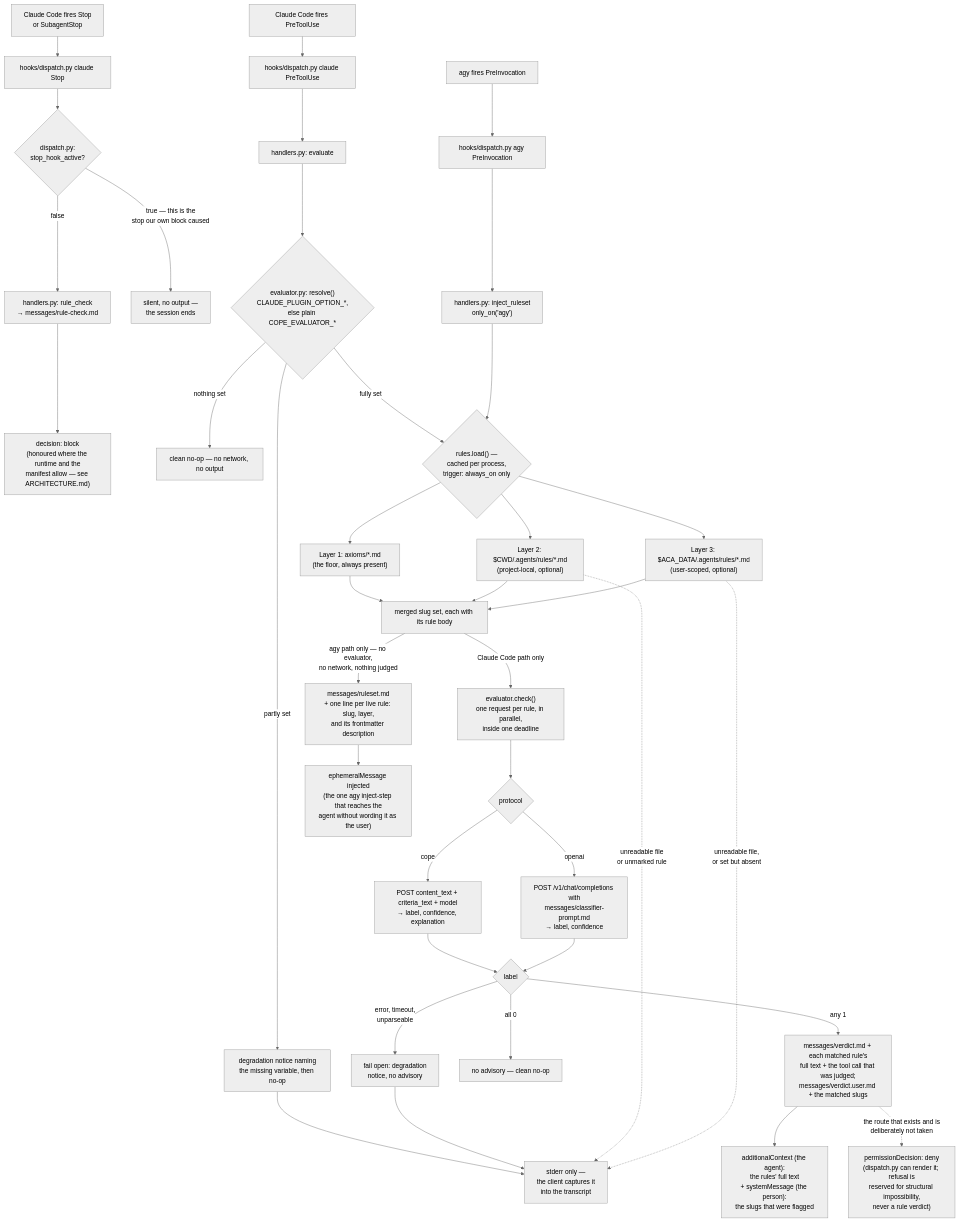
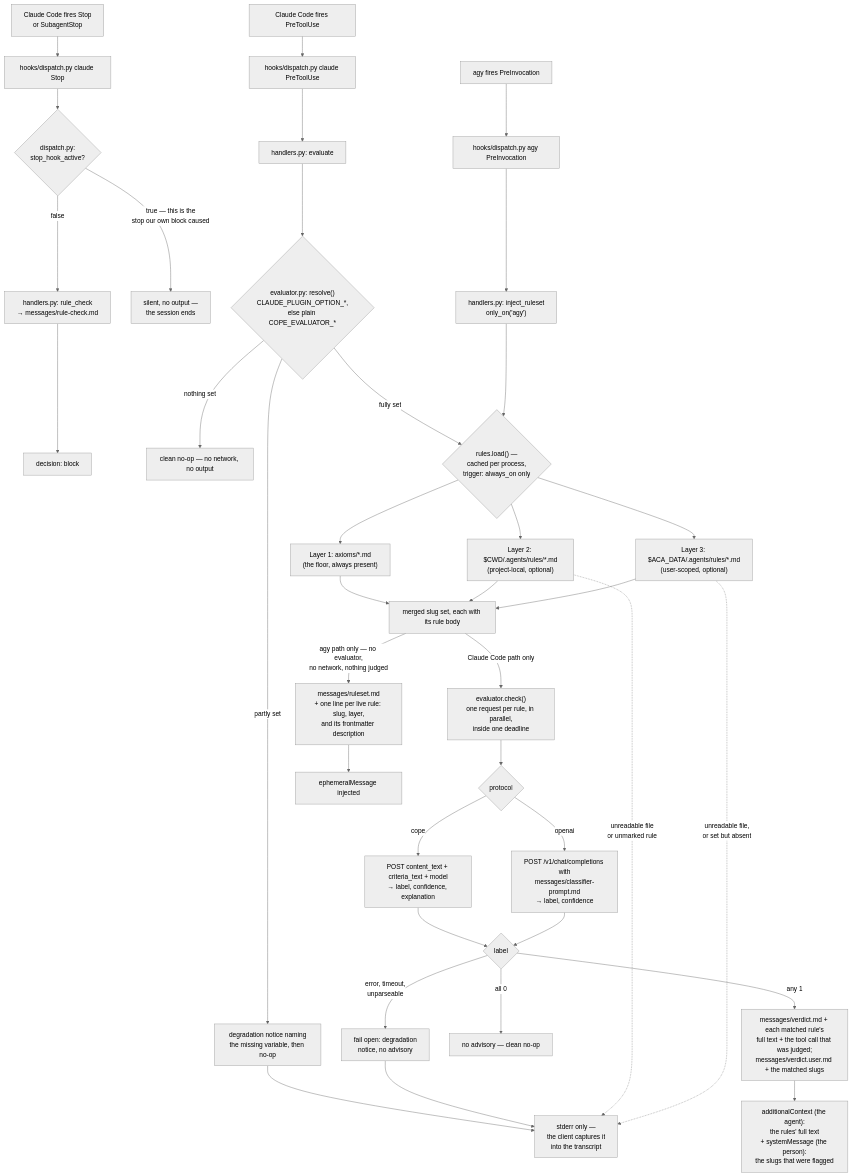
The diagram in plugins/rbg/README.md (nicsuzor/academicOps), drawn with Mermaid (neutral theme) before and after one commit. The commit also changed other lines of this file and 28 other files, not shown here.

````diff
--- a/plugins/rbg/README.md
+++ b/plugins/rbg/README.md
@@ -5,47 +11,45 @@
 ```mermaid
 flowchart TD
     A[Claude Code fires PreToolUse] --> B["hooks/dispatch.py claude PreToolUse"]
     A2[agy fires PreInvocation] --> B2["hooks/dispatch.py agy PreInvocation"]
     A3[Claude Code fires Stop<br/>or SubagentStop] --> B3["hooks/dispatch.py claude Stop"]
     B --> C["handlers.py: evaluate"]
     B2 --> C2["handlers.py: inject_ruleset<br/>only_on('agy')"]
     B3 --> S{"dispatch.py:<br/>stop_hook_active?"}
     S -->|"true — this is the<br/>stop our own block caused"| S1[silent, no output —<br/>the session ends]
     S -->|false| S2["handlers.py: rule_check<br/>→ messages/rule-check.md"]
-    S2 --> S3["decision: block<br/>(honoured where the runtime and the<br/>manifest allow — see ARCHITECTURE.md)"]
+    S2 --> S3["decision: block"]
 
     C --> R{"evaluator.py: resolve()<br/>CLAUDE_PLUGIN_OPTION_*,<br/>else plain COPE_EVALUATOR_*"}
     R -->|nothing set| R1[clean no-op — no network, no output]
     R -->|partly set| R2[degradation notice naming<br/>the missing variable, then no-op]
     R -->|fully set| D
 
     C2 --> D
     D{"rules.load() —<br/>cached per process,<br/>trigger: always_on only"} --> E1["Layer 1: axioms/*.md<br/>(the floor, always present)"]
     D --> E2["Layer 2: $CWD/.agents/rules/*.md<br/>(project-local, optional)"]
     D --> E3["Layer 3: $ACA_DATA/.agents/rules/*.md<br/>(user-scoped, optional)"]
     E1 --> F[merged slug set, each with its rule body]
     E2 --> F
     E3 --> F
 
     F -->|Claude Code path only| G["evaluator.check()<br/>one request per rule, in parallel,<br/>inside one deadline"]
     G --> H{"protocol"}
     H -->|cope| H1["POST content_text + criteria_text + model<br/>→ label, confidence, explanation"]
     H -->|openai| H2["POST /v1/chat/completions with<br/>messages/classifier-prompt.md<br/>→ label, confidence"]
     H1 --> I{label}
     H2 --> I
     I -->|error, timeout,<br/>unparseable| J["fail open: degradation<br/>notice, no advisory"]
     I -->|all 0| K[no advisory — clean no-op]
     I -->|any 1| L["messages/verdict.md + each matched rule's<br/>full text + the tool call that was judged;<br/>messages/verdict.user.md + the matched slugs"]
     L --> M["additionalContext (the agent):<br/>the rules' full text<br/>+ systemMessage (the person):<br/>the slugs that were flagged"]
-    L -.->|the route that exists and is<br/>deliberately not taken| Z
-    Z["permissionDecision: deny<br/>(dispatch.py can render it; refusal is<br/>reserved for structural impossibility,<br/>never a rule verdict)"]
 
     F -->|agy path only — no evaluator,<br/>no network, nothing judged| N["messages/ruleset.md<br/>+ one line per live rule: slug, layer,<br/>and its frontmatter description"]
-    N --> O["ephemeralMessage injected<br/>(the one agy inject-step that reaches the<br/>agent without wording it as the user)"]
+    N --> O["ephemeralMessage injected"]
 
     R2 --> P
     J --> P
     E2 -.->|unreadable file<br/>or unmarked rule| P
     E3 -.->|unreadable file,<br/>or set but absent| P
     P["stderr only —<br/>the client captures it<br/>into the transcript"]
 ```
````
